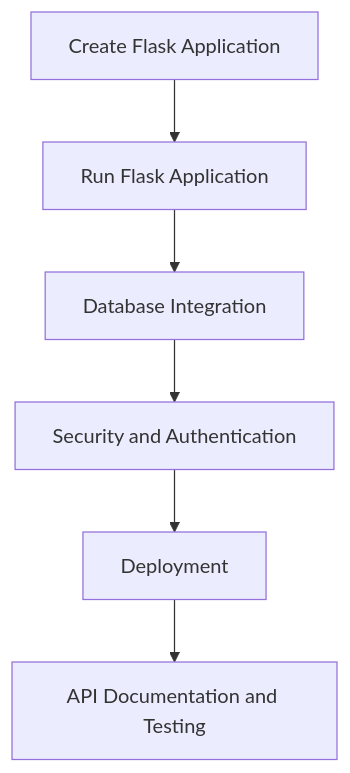
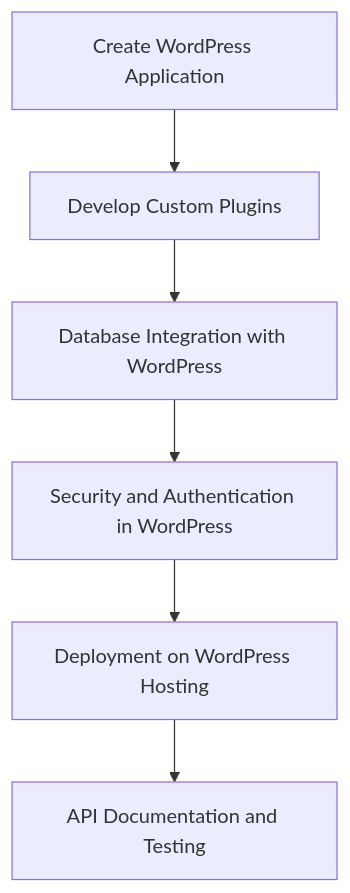
Before and after one commit to BTI-US/BTI-Gitbook: the fourth of 9 diagrams in experiment-and-design/2-bti-architecture.md, drawn with Mermaid. The commit also changed other lines of this file and 5 other files, not shown here.

````diff
--- a/experiment-and-design/2-bti-architecture.md
+++ b/experiment-and-design/2-bti-architecture.md
@@ -343,8 +222,8 @@
 ```mermaid
 graph TD
-    A[Create Flask Application] --> B[Run Flask Application]
-    B --> C[Database Integration]
-    C --> D[Security and Authentication]
-    D --> E[Deployment]
+    A[Create WordPress Application] --> B[Develop Custom Plugins]
+    B --> C[Database Integration with WordPress]
+    C --> D[Security and Authentication in WordPress]
+    D --> E[Deployment on WordPress Hosting]
     E --> F[API Documentation and Testing]
 ```
````
